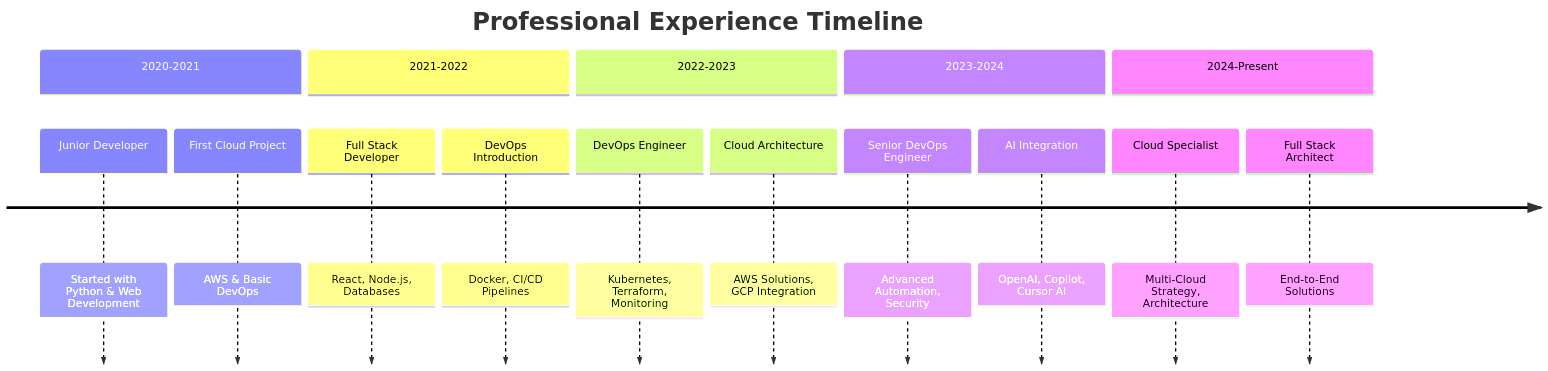
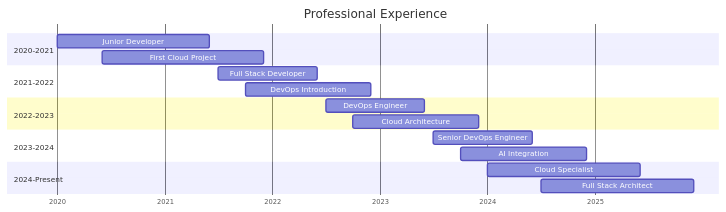
Before and after one commit to jkang1643/jkang1643: the fourth of 5 diagrams in README.md, drawn with Mermaid. The commit also changed other lines of this file, not shown here.

````diff
--- a/README.md
+++ b/README.md
@@ -96,19 +175,26 @@
 ```mermaid
-timeline
-    title Professional Experience Timeline
+gantt
+    title Professional Experience
+    dateFormat  YYYY-MM
+    axisFormat %Y
+    
     section 2020-2021
-        Junior Developer : Started with Python & Web Development
-        First Cloud Project : AWS & Basic DevOps
+    Junior Developer           :2020-01, 2021-06
+    First Cloud Project        :2020-06, 2021-12
+    
     section 2021-2022
-        Full Stack Developer : React, Node.js, Databases
-        DevOps Introduction : Docker, CI/CD Pipelines
+    Full Stack Developer       :2021-07, 2022-06
+    DevOps Introduction        :2021-10, 2022-12
+    
     section 2022-2023
-        DevOps Engineer : Kubernetes, Terraform, Monitoring
-        Cloud Architecture : AWS Solutions, GCP Integration
+    DevOps Engineer            :2022-07, 2023-06
+    Cloud Architecture         :2022-10, 2023-12
+    
     section 2023-2024
-        Senior DevOps Engineer : Advanced Automation, Security
-        AI Integration : OpenAI, Copilot, Cursor AI
+    Senior DevOps Engineer     :2023-07, 2024-06
+    AI Integration             :2023-10, 2024-12
+    
     section 2024-Present
-        Cloud Specialist : Multi-Cloud Strategy, Architecture
-        Full Stack Architect : End-to-End Solutions
+    Cloud Specialist           :2024-01, 2025-06
+    Full Stack Architect       :2024-07, 2025-12
 ```
````
